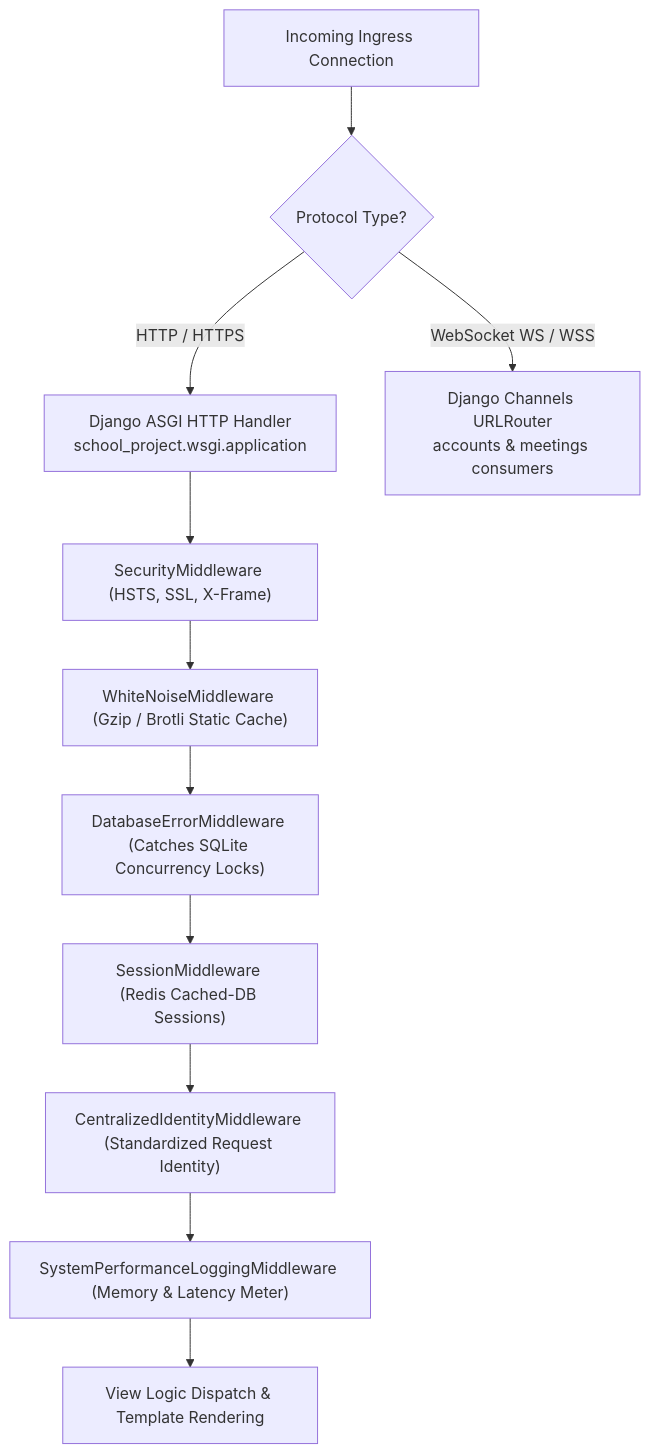
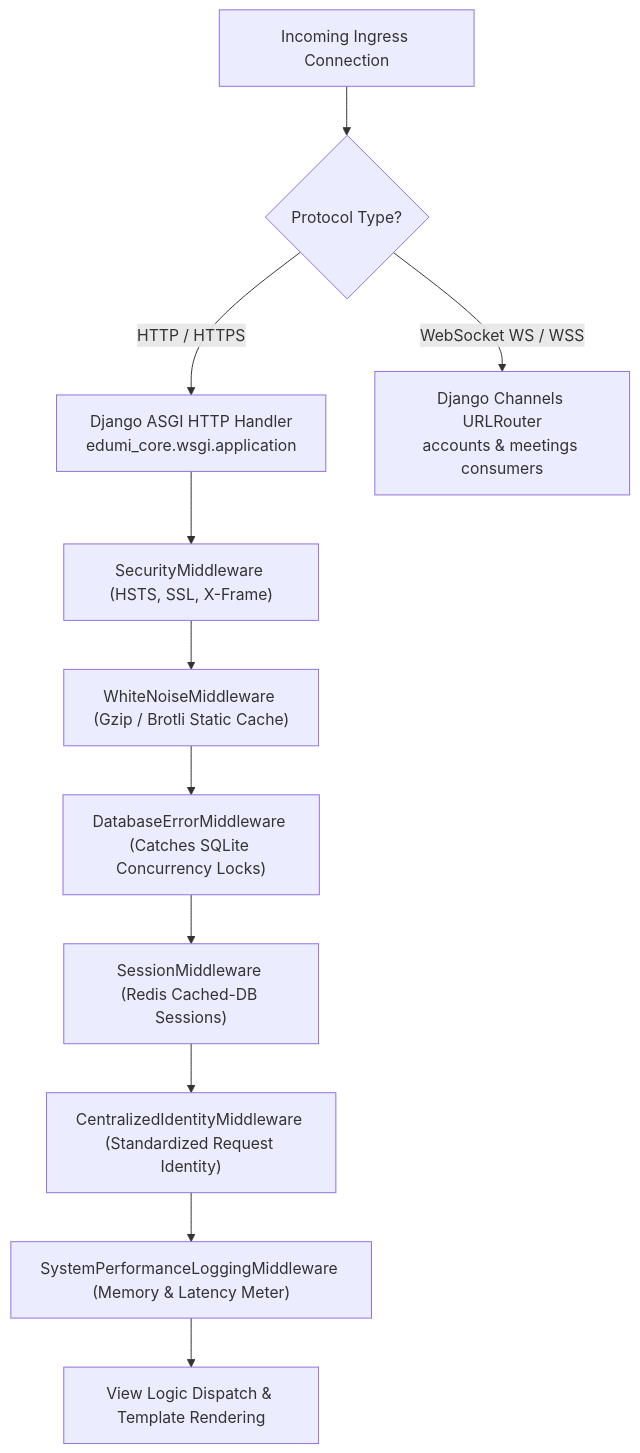
One commit to GauravSinghGit0/Edumi2 changed the third of 18 diagrams in docs/SYSTEM_ARCHITECTURE.md. Above: the diagram before and after it, drawn with Mermaid. The commit also changed other lines of this file and 86 other files, not shown here.

````diff
--- a/docs/SYSTEM_ARCHITECTURE.md
+++ b/docs/SYSTEM_ARCHITECTURE.md
@@ -261,14 +262,14 @@
 ```mermaid
 flowchart TD
     Req[Incoming Ingress Connection] --> ProtoCheck{"Protocol Type?"}
-    ProtoCheck -->|HTTP / HTTPS| HttpHandler["Django ASGI HTTP Handler<br/>school_project.wsgi.application"]
+    ProtoCheck -->|HTTP / HTTPS| HttpHandler["Django ASGI HTTP Handler<br/>edumi_core.wsgi.application"]
     ProtoCheck -->|WebSocket WS / WSS| WsHandler["Django Channels URLRouter<br/>accounts & meetings consumers"]
 
     HttpHandler --> MW1["SecurityMiddleware (HSTS, SSL, X-Frame)"]
     MW1 --> MW2["WhiteNoiseMiddleware (Gzip / Brotli Static Cache)"]
     MW2 --> MW3["DatabaseErrorMiddleware (Catches SQLite Concurrency Locks)"]
     MW3 --> MW4["SessionMiddleware (Redis Cached-DB Sessions)"]
     MW4 --> MW5["CentralizedIdentityMiddleware (Standardized Request Identity)"]
     MW5 --> MW6["SystemPerformanceLoggingMiddleware (Memory & Latency Meter)"]
     MW6 --> ViewExec["View Logic Dispatch & Template Rendering"]
 ```
````
